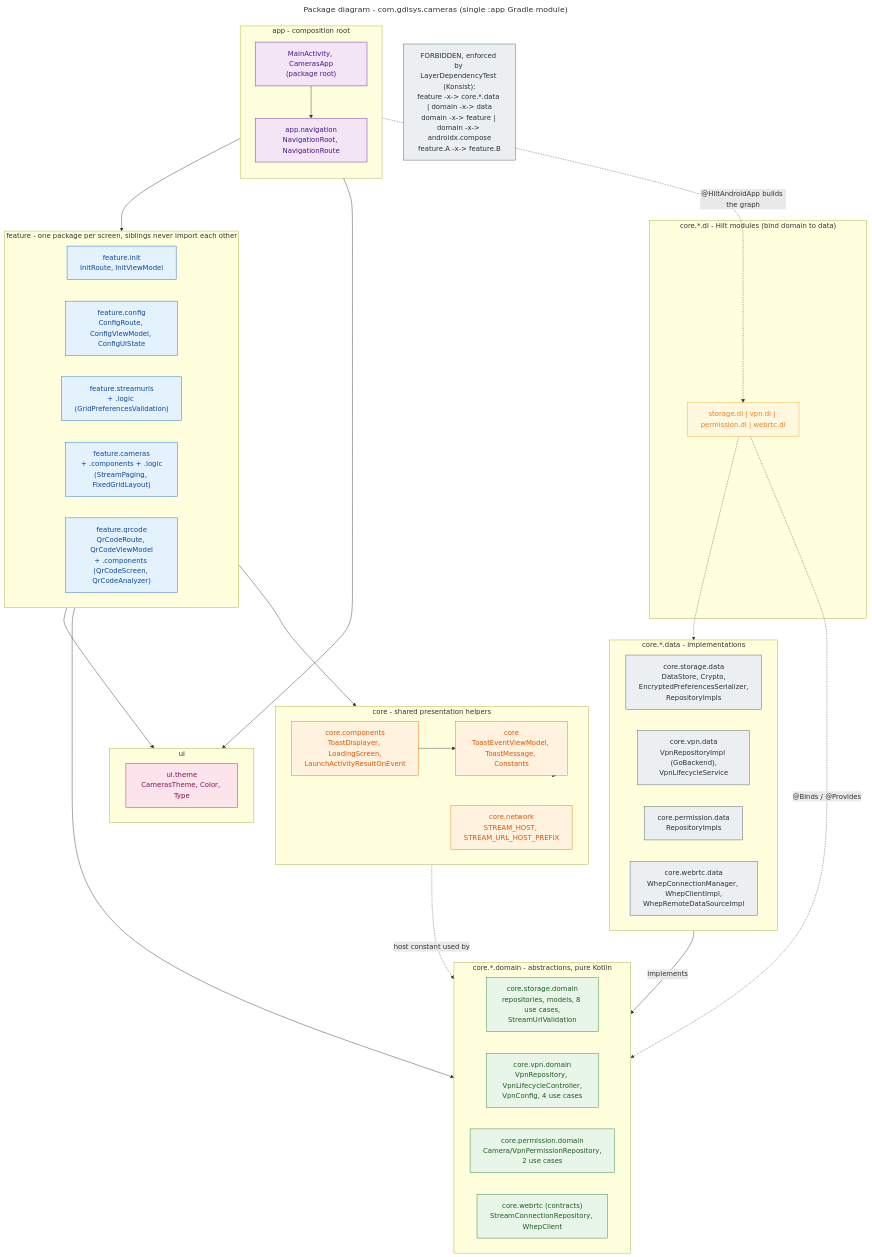
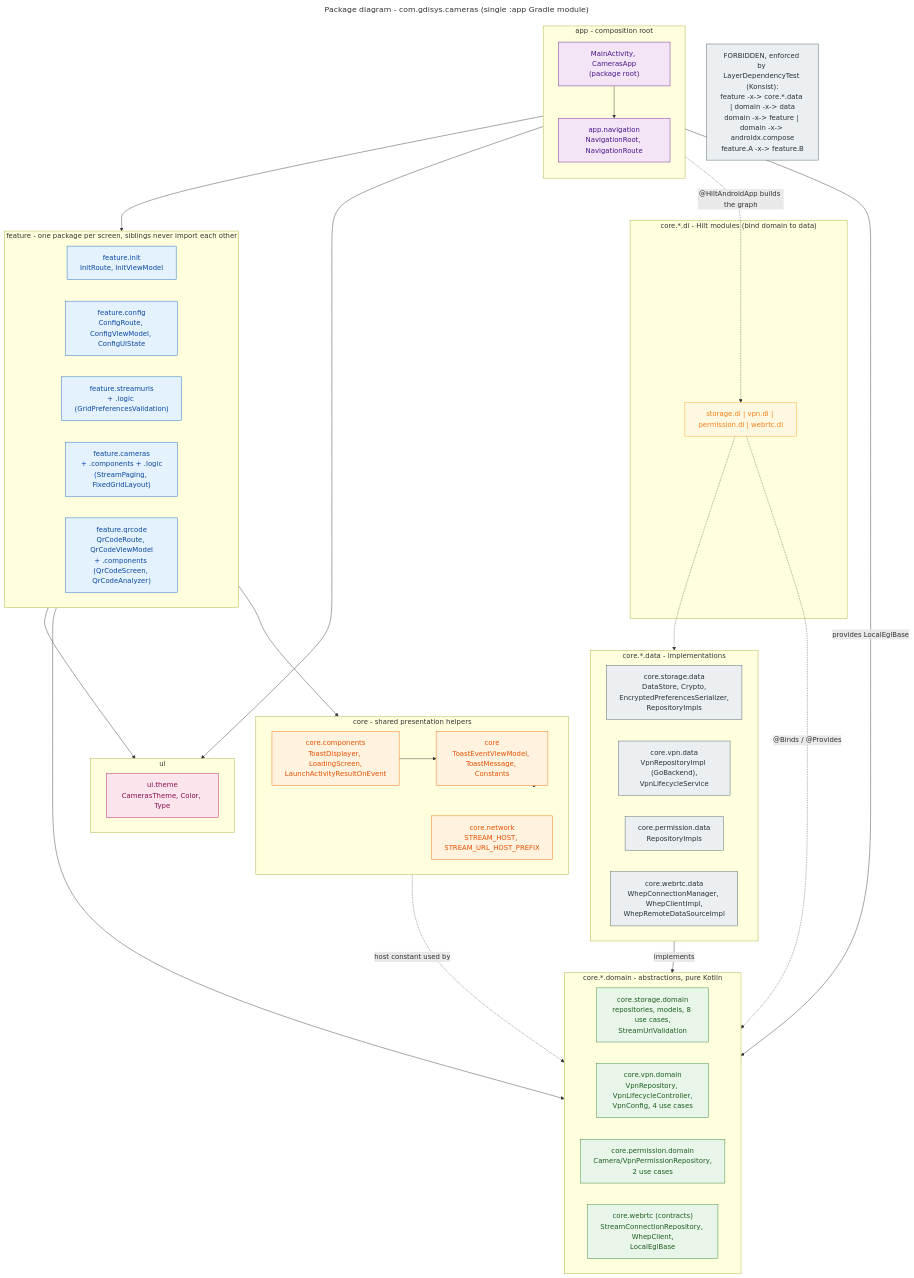
One commit to gdinn/cameras.casa changed the diagram in docs/diagrams/package-diagram.mmd. Above: the diagram before and after it, drawn with Mermaid. The commit also changed 13 other files, not shown here.

```diff
--- a/docs/diagrams/package-diagram.mmd
+++ b/docs/diagrams/package-diagram.mmd
@@ -1,83 +1,84 @@
 ---
 title: "Package diagram - com.gdisys.cameras (single :app Gradle module)"
 ---
 flowchart TD
   classDef appPkg fill:#f3e5f5,stroke:#6a1b9a,color:#4a148c
   classDef featPkg fill:#e3f2fd,stroke:#1565c0,color:#0d47a1
   classDef domainPkg fill:#e8f5e9,stroke:#2e7d32,color:#1b5e20
   classDef dataPkg fill:#eceff1,stroke:#455a64,color:#263238
   classDef diPkg fill:#fff8e1,stroke:#f9a825,color:#f57f17
   classDef uiPkg fill:#fce4ec,stroke:#ad1457,color:#880e4f
   classDef sharedPkg fill:#fff3e0,stroke:#ef6c00,color:#e65100
 
   subgraph APP["app - composition root"]
     direction TB
     Root["MainActivity, CamerasApp<br/>(package root)"]
     NavPkg["app.navigation<br/>NavigationRoot, NavigationRoute"]
     Root --> NavPkg
   end
 
   subgraph UI["ui"]
     Theme["ui.theme<br/>CamerasTheme, Color, Type"]
   end
 
   subgraph FEATURE["feature - one package per screen, siblings never import each other"]
     direction LR
     FInit["feature.init<br/>InitRoute, InitViewModel"]
     FConfig["feature.config<br/>ConfigRoute, ConfigViewModel, ConfigUiState"]
     FUrls["feature.streamurls<br/>+ .logic (GridPreferencesValidation)"]
     FCam["feature.cameras<br/>+ .components + .logic<br/>(StreamPaging, FixedGridLayout)"]
     FQr["feature.qrcode<br/>QrCodeRoute, QrCodeViewModel<br/>+ .components (QrCodeScreen, QrCodeAnalyzer)"]
   end
 
   subgraph CORESHARED["core - shared presentation helpers"]
     direction LR
     CBase["core<br/>ToastEventViewModel, ToastMessage, Constants"]
     CComp["core.components<br/>ToastDisplayer, LoadingScreen,<br/>LaunchActivityResultOnEvent"]
     CNet["core.network<br/>STREAM_HOST, STREAM_URL_HOST_PREFIX"]
   end
 
   subgraph COREDOMAIN["core.*.domain - abstractions, pure Kotlin"]
     direction LR
     SDom["core.storage.domain<br/>repositories, models, 8 use cases,<br/>StreamUrlValidation"]
     VDom["core.vpn.domain<br/>VpnRepository, VpnLifecycleController,<br/>VpnConfig, 4 use cases"]
     PDom["core.permission.domain<br/>Camera/VpnPermissionRepository,<br/>2 use cases"]
-    WDom["core.webrtc (contracts)<br/>StreamConnectionRepository, WhepClient"]
+    WDom["core.webrtc (contracts)<br/>StreamConnectionRepository, WhepClient,<br/>LocalEglBase"]
   end
 
   subgraph COREDATA["core.*.data - implementations"]
     direction LR
     SData["core.storage.data<br/>DataStore, Crypto,<br/>EncryptedPreferencesSerializer,<br/>RepositoryImpls"]
     VData["core.vpn.data<br/>VpnRepositoryImpl (GoBackend),<br/>VpnLifecycleService"]
     PData["core.permission.data<br/>RepositoryImpls"]
     WData["core.webrtc.data<br/>WhepConnectionManager, WhepClientImpl,<br/>WhepRemoteDataSourceImpl"]
   end
 
   subgraph COREDI["core.*.di - Hilt modules (bind domain to data)"]
     DI["storage.di | vpn.di | permission.di | webrtc.di"]
   end
 
   APP --> FEATURE
   APP --> UI
+  APP -->|"provides LocalEglBase"| WDom
   FEATURE --> UI
   FEATURE --> CORESHARED
   FEATURE --> COREDOMAIN
   CComp --> CBase
   CORESHARED --> CBase
 
   COREDATA -->|"implements"| COREDOMAIN
   CNet -.->|"host constant used by"| SDom
   DI -.->|"@Binds / @Provides"| COREDOMAIN
   DI -.-> COREDATA
   APP -.->|"@HiltAndroidApp builds the graph"| DI
 
   Forbidden["FORBIDDEN, enforced by LayerDependencyTest (Konsist):<br/>feature -x-> core.*.data | domain -x-> data<br/>domain -x-> feature | domain -x-> androidx.compose<br/>feature.A -x-> feature.B"]
 
   class Root,NavPkg appPkg
   class FInit,FConfig,FUrls,FCam,FQr featPkg
   class SDom,VDom,PDom,WDom domainPkg
   class SData,VData,PData,WData dataPkg
   class DI diPkg
   class Theme uiPkg
   class CBase,CComp,CNet sharedPkg
   class Forbidden dataPkg
```
